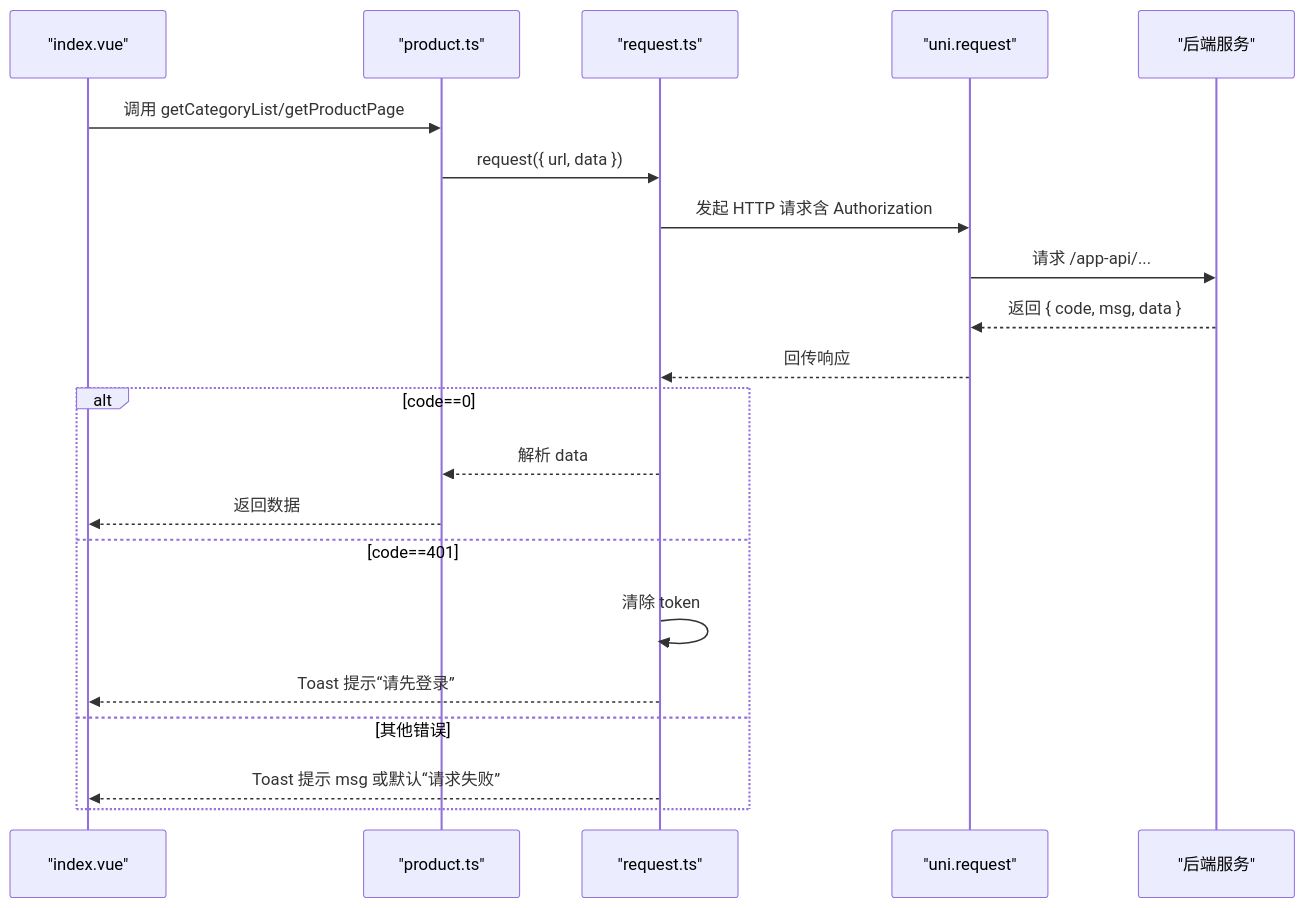
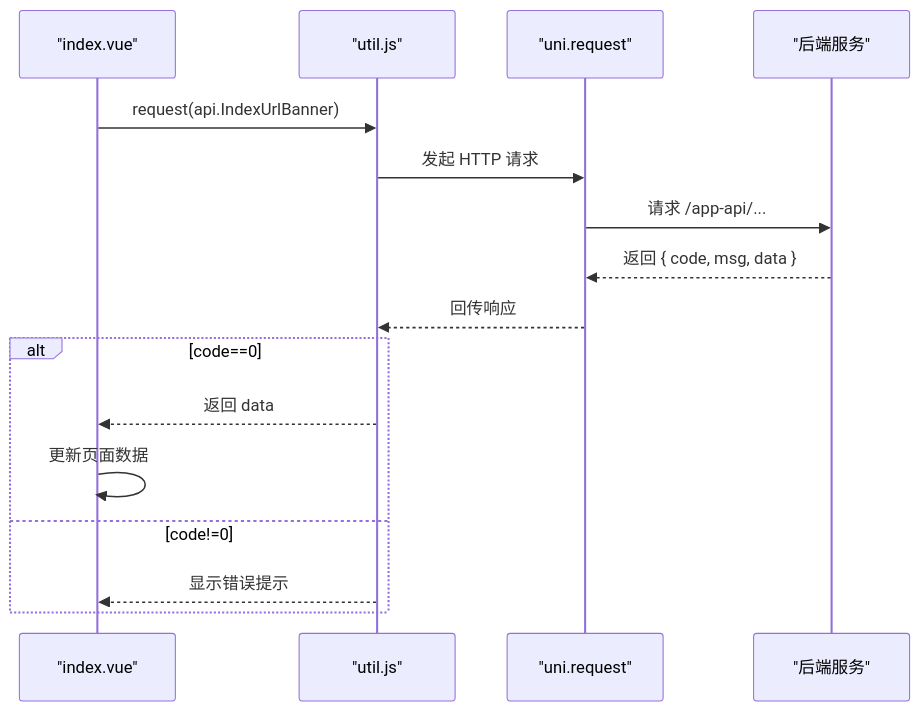
One commit to QtImM/wechatMiniprogram_Store changed the seventh of 8 diagrams in .qoder/repowiki/zh/content/前端架构设计/前端架构设计.md. Above: the diagram before and after it, drawn with Mermaid. The commit also changed other lines of this file and 109 other files, not shown here.

````diff
--- a/.qoder/repowiki/zh/content/前端架构设计/前端架构设计.md
+++ b/.qoder/repowiki/zh/content/前端架构设计/前端架构设计.md
@@ -201,23 +287,18 @@
 ```mermaid
 sequenceDiagram
 participant Page as "index.vue"
-participant API as "product.ts"
-participant Req as "request.ts"
+participant Util as "util.js"
 participant WX as "uni.request"
 participant BE as "后端服务"
-Page->>API : 调用 getCategoryList/getProductPage
-API->>Req : request({ url, data })
-Req->>WX : 发起 HTTP 请求含 Authorization
+Page->>Util : request(api.IndexUrlBanner)
+Util->>WX : 发起 HTTP 请求
 WX->>BE : 请求 /app-api/...
 BE-->>WX : 返回 { code, msg, data }
-WX-->>Req : 回传响应
+WX-->>Util : 回传响应
 alt code==0
-Req-->>API : 解析 data
-API-->>Page : 返回数据
-else code==401
-Req->>Req : 清除 token
-Req-->>Page : Toast 提示“请先登录”
-else 其他错误
-Req-->>Page : Toast 提示 msg 或默认“请求失败”
+Util-->>Page : 返回 data
+Page->>Page : 更新页面数据
+else code!=0
+Util-->>Page : 显示错误提示
 end
 ```
````
